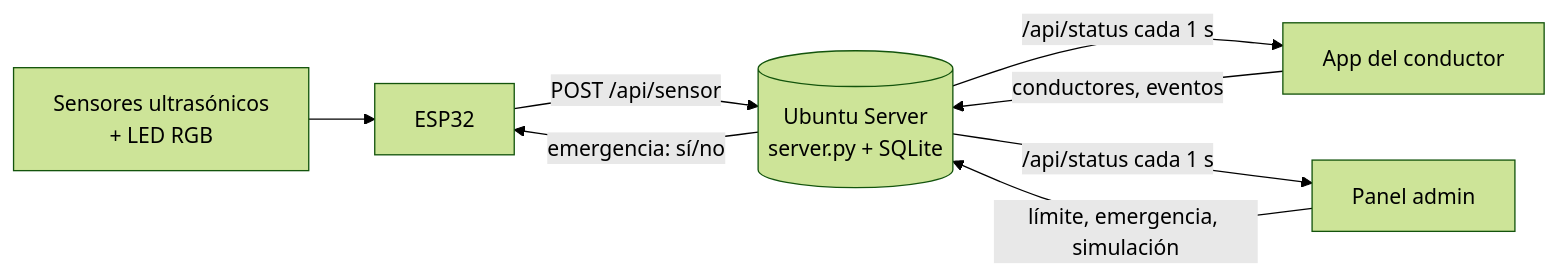
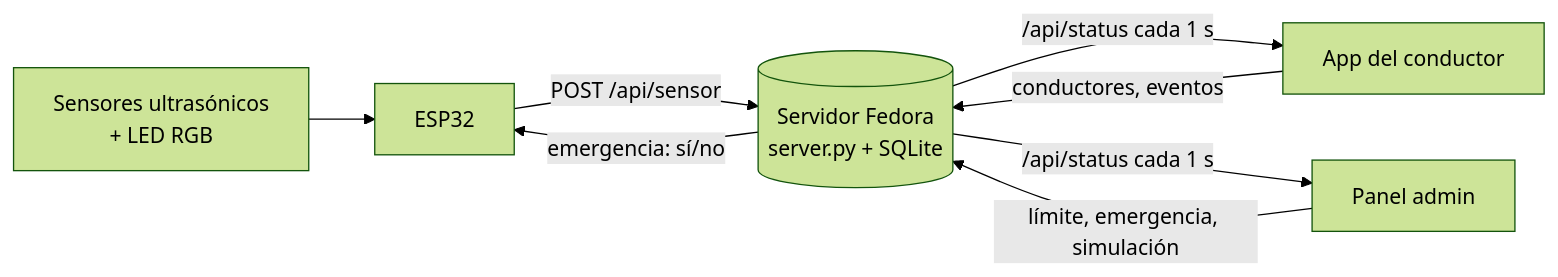
Before and after one commit to mariano-it/parkuni: the diagram in README.md, drawn with Mermaid (forest theme). The commit also changed other lines of this file and 13 other files, not shown here.

````diff
--- a/README.md
+++ b/README.md
@@ -47,10 +49,10 @@
 ```mermaid
 flowchart LR
   S[Sensores ultrasónicos<br/>+ LED RGB] --> E[ESP32]
-  E -- POST /api/sensor --> V[(Ubuntu Server<br/>server.py + SQLite)]
+  E -- POST /api/sensor --> V[(Servidor Fedora<br/>server.py + SQLite)]
   V -- emergencia: sí/no --> E
   V -- /api/status cada 1 s --> D[App del conductor]
   V -- /api/status cada 1 s --> A[Panel admin]
   D -- conductores, eventos --> V
   A -- límite, emergencia, simulación --> V
 ```
````
